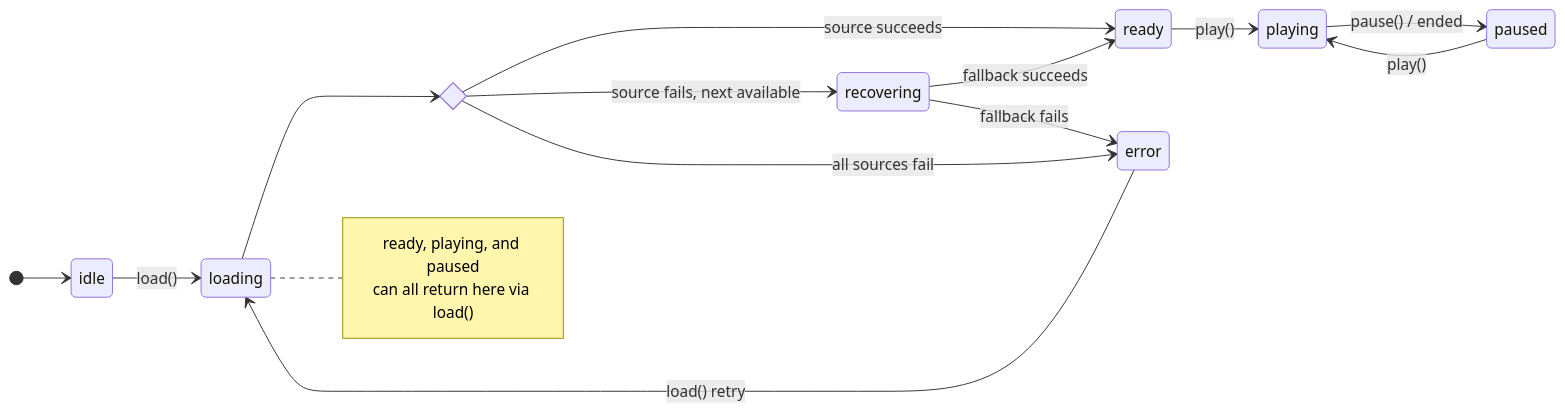
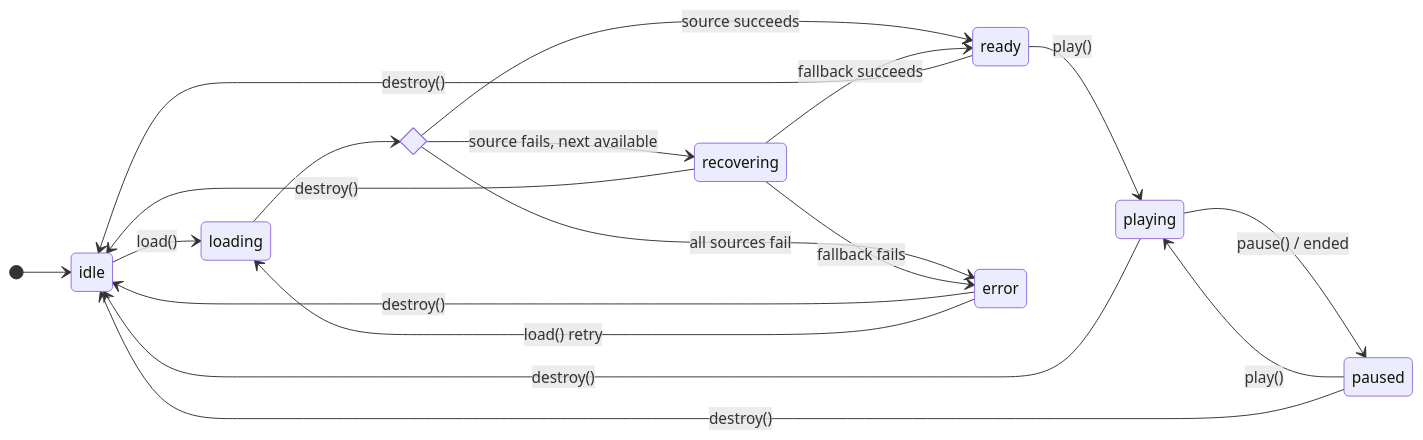
The first of 5 diagrams in docs/diagrams/2026-03-10-web-audio-player-flows.md (kalynbeach/kkb), drawn with Mermaid before and after one commit. The commit also changed other lines of this file and 27 other files, not shown here.

````diff
--- a/docs/diagrams/2026-03-10-web-audio-player-flows.md
+++ b/docs/diagrams/2026-03-10-web-audio-player-flows.md
@@ -9,30 +9,30 @@
 ```mermaid
 stateDiagram-v2
     direction LR
 
     [*] --> idle
 
     idle --> loading : load()
 
     state load_result <<choice>>
     loading --> load_result
     load_result --> ready : source succeeds
     load_result --> recovering : source fails, next available
     load_result --> error : all sources fail
 
     recovering --> ready : fallback succeeds
     recovering --> error : fallback fails
 
     ready --> playing : play()
 
     playing --> paused : pause() / ended
 
     paused --> playing : play()
+    ready --> idle : destroy()
+    playing --> idle : destroy()
+    paused --> idle : destroy()
+    recovering --> idle : destroy()
+    error --> idle : destroy()
 
     error --> loading : load() retry
-
-    note right of loading
-        ready, playing, and paused
-        can all return here via load()
-    end note
 ```
````
